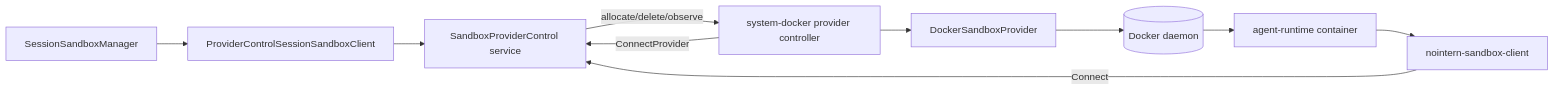
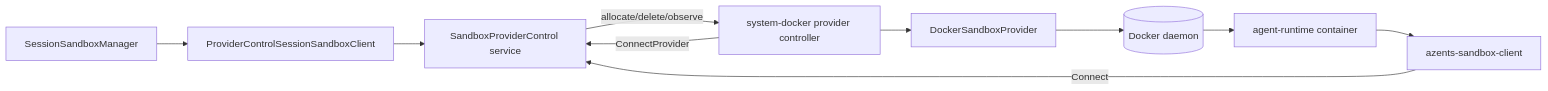
The diagram in docs/azents/design/docker-260523-docker-sandbox.md (azents/azents), drawn with Mermaid before and after one commit. The commit also changed other lines of this file and 245 other files, not shown here.

````diff
--- a/docs/azents/design/docker-260523-docker-sandbox.md
+++ b/docs/azents/design/docker-260523-docker-sandbox.md
@@ -76,21 +76,21 @@
 ```mermaid
 flowchart LR
     Manager[SessionSandboxManager]
     ProviderClient[ProviderControlSessionSandboxClient]
     Control[SandboxProviderControl service]
     DockerController[system-docker provider controller]
     DockerBackend[DockerSandboxProvider]
     Docker[(Docker daemon)]
     Runtime[agent-runtime container]
-    RuntimeClient[nointern-sandbox-client]
+    RuntimeClient[azents-sandbox-client]
 
     Manager --> ProviderClient
     ProviderClient --> Control
     DockerController -->|ConnectProvider| Control
     Control -->|allocate/delete/observe| DockerController
     DockerController --> DockerBackend
     DockerBackend --> Docker
     Docker --> Runtime
     Runtime --> RuntimeClient
     RuntimeClient -->|Connect| Control
 ```
````
